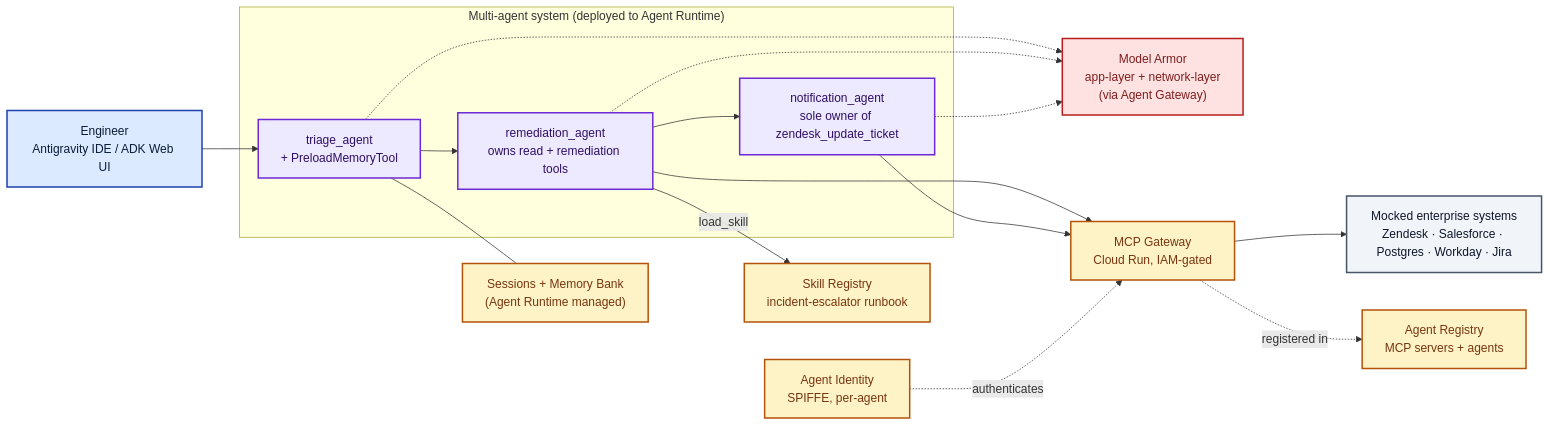
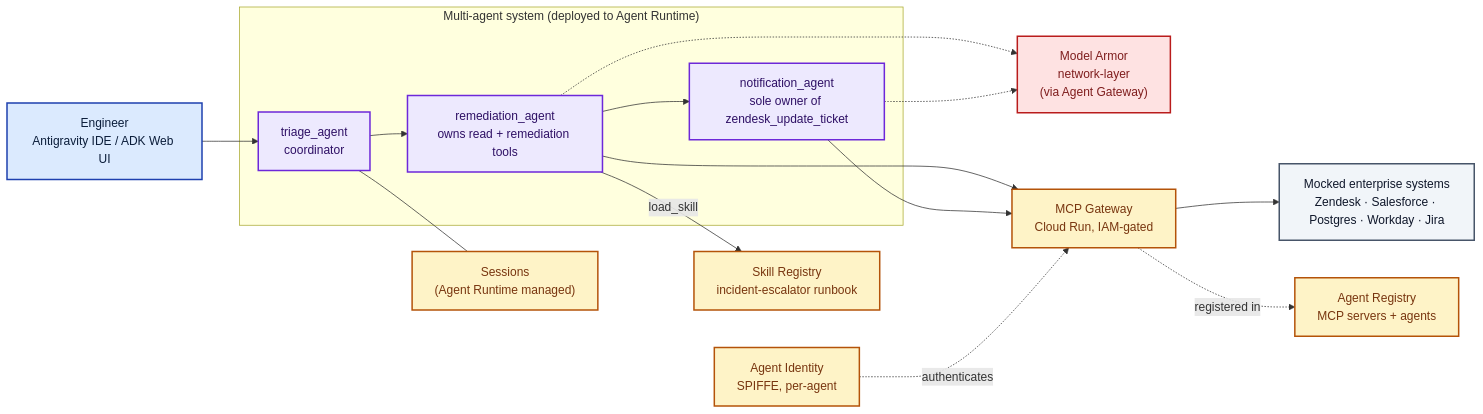
One commit to aiarchitect2406/incidentanalysisagent changed the diagram in README.md. Above: the diagram before and after it, drawn with Mermaid. The commit also changed other lines of this file and 35 other files, not shown here.

````diff
--- a/README.md
+++ b/README.md
@@ -53,39 +52,38 @@
 ```mermaid
 flowchart LR
   classDef user  fill:#dbeafe,stroke:#1e40af,color:#0b1d3a,stroke-width:2px
   classDef agent fill:#ede9fe,stroke:#6d28d9,color:#2e1065,stroke-width:2px
   classDef geap  fill:#fef3c7,stroke:#b45309,color:#78350f,stroke-width:2px
   classDef sec   fill:#fee2e2,stroke:#b91c1c,color:#7f1d1d,stroke-width:2px
   classDef ext   fill:#f1f5f9,stroke:#475569,color:#0f172a,stroke-width:2px
 
   DEV["Engineer<br/>Antigravity IDE / ADK Web UI"]:::user
 
   subgraph AGENTS["Multi-agent system (deployed to Agent Runtime)"]
-    T["triage_agent<br/>+ PreloadMemoryTool"]:::agent
+    T["triage_agent<br/>coordinator"]:::agent
     R["remediation_agent<br/>owns read + remediation tools"]:::agent
     N["notification_agent<br/>sole owner of zendesk_update_ticket"]:::agent
   end
 
   SKILL["Skill Registry<br/>incident-escalator runbook"]:::geap
-  MEM["Sessions + Memory Bank<br/>(Agent Runtime managed)"]:::geap
+  SESS["Sessions<br/>(Agent Runtime managed)"]:::geap
   ID["Agent Identity<br/>SPIFFE, per-agent"]:::geap
   AR["Agent Registry<br/>MCP servers + agents"]:::geap
 
-  MA["Model Armor<br/>app-layer + network-layer<br/>(via Agent Gateway)"]:::sec
+  MA["Model Armor<br/>network-layer<br/>(via Agent Gateway)"]:::sec
   MCP["MCP Gateway<br/>Cloud Run, IAM-gated"]:::geap
   BACKENDS["Mocked enterprise systems<br/>Zendesk · Salesforce · Postgres · Workday · Jira"]:::ext
 
   DEV --> T
   T --> R
   R --> N
-  T --- MEM
+  T --- SESS
   R -- "load_skill" --> SKILL
-  T -.-> MA
   R -.-> MA
   N -.-> MA
   R --> MCP
   N --> MCP
   ID -. "authenticates" .-> MCP
   MCP --> BACKENDS
   MCP -. "registered in" .-> AR
 ```
````
